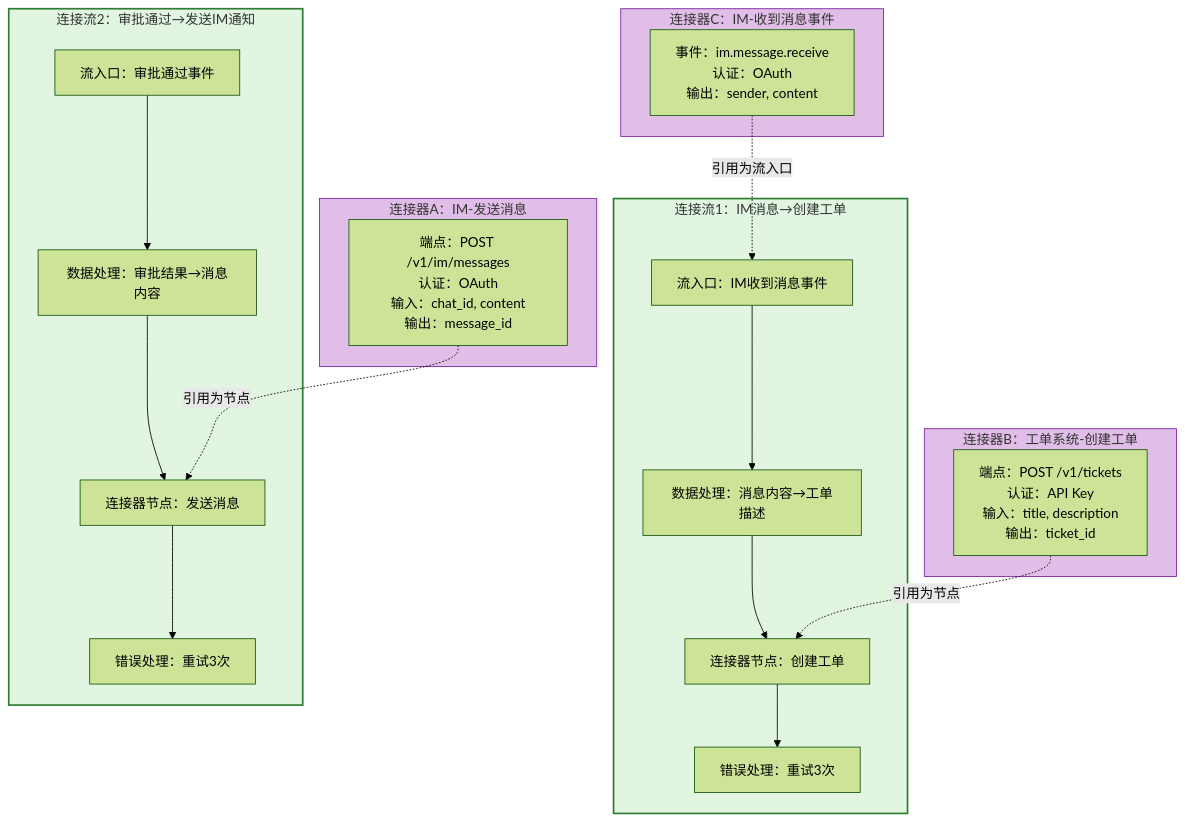
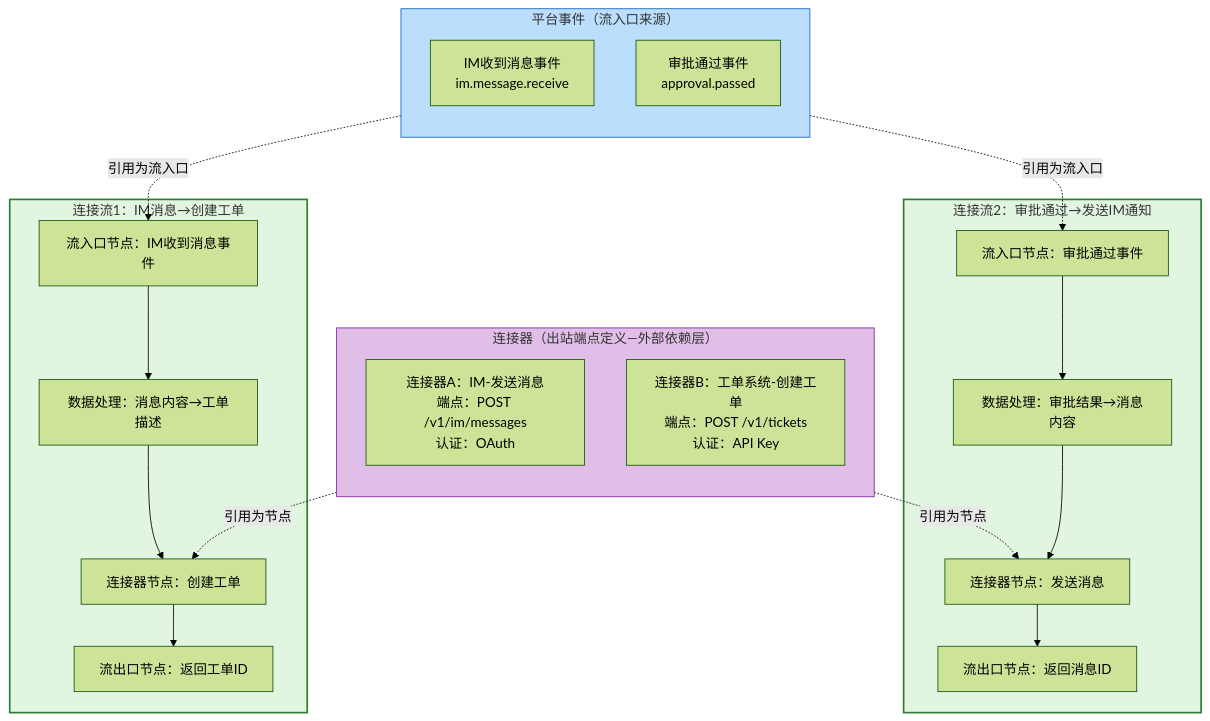
Diagram 11 of 12 in .sddu/specs-tree-root/specs-tree-connector-platform/discovery-report.md (THZSummer/open-app), drawn with Mermaid (forest theme) before and after one commit. The commit also changed other lines of this file, not shown here.

Commit message:
fix: 精简3.4流入口节点类型为对照表+示意图，消除连接器/触发概念混淆

````diff
--- a/.sddu/specs-tree-root/specs-tree-connector-platform/discovery-report.md
+++ b/.sddu/specs-tree-root/specs-tree-connector-platform/discovery-report.md
@@ -575,36 +561,36 @@
 ```mermaid
 flowchart TB
-    subgraph Conn1["连接器A：IM-发送消息"]
-        CEp1["端点：POST /v1/im/messages<br/>认证：OAuth<br/>输入：chat_id, content<br/>输出：message_id"]
+    subgraph Connectors["连接器（出站端点定义—外部依赖层）"]
+        direction TB
+        Conn1["连接器A：IM-发送消息<br/>端点：POST /v1/im/messages<br/>认证：OAuth"]
+        Conn2["连接器B：工单系统-创建工单<br/>端点：POST /v1/tickets<br/>认证：API Key"]
     end
 
-    subgraph Conn2["连接器B：工单系统-创建工单"]
-        CEp2["端点：POST /v1/tickets<br/>认证：API Key<br/>输入：title, description<br/>输出：ticket_id"]
+    subgraph Events["平台事件（流入口来源）"]
+        direction TB
+        Evt1["IM收到消息事件<br/>im.message.receive"]
+        Evt2["审批通过事件<br/>approval.passed"]
     end
 
-    subgraph Conn3["连接器C：IM-收到消息事件"]
-        CEp3["事件：im.message.receive<br/>认证：OAuth<br/>输出：sender, content"]
+    subgraph Flow1["连接流1：IM消息→创建工单"]
+        F1_Start[流入口节点：IM收到消息事件] --> F1_Map[数据处理：消息内容→工单描述]
+        F1_Map --> F1_Action[连接器节点：创建工单]
+        F1_Action --> F1_Exit[流出口节点：返回工单ID]
     end
-    
-    subgraph Flow1["连接流1：IM消息→创建工单"]
-        F1_Start[流入口：IM收到消息事件] --> F1_Map1[数据处理：消息内容→工单描述]
-        F1_Map1 --> F1_Action[连接器节点：创建工单]
-        F1_Action --> F1_Error[错误处理：重试3次]
+
+    subgraph Flow2["连接流2：审批通过→发送IM通知"]
+        F2_Start[流入口节点：审批通过事件] --> F2_Map[数据处理：审批结果→消息内容]
+        F2_Map --> F2_Action[连接器节点：发送消息]
+        F2_Action --> F2_Exit[流出口节点：返回消息ID]
     end
-    
-    subgraph Flow2["连接流2：审批通过→发送IM通知"]
-        F2_Start[流入口：审批通过事件] --> F2_Map1[数据处理：审批结果→消息内容]
-        F2_Map1 --> F2_Action[连接器节点：发送消息]
-        F2_Action --> F2_Error[错误处理：重试3次]
-    end
-    
-    CEp3 -.->|引用为流入口| F1_Start
-    CEp2 -.->|引用为节点| F1_Action
-    CEp1 -.->|引用为节点| F2_Action
-    
+
+    Evt1 -.->|引用为流入口| F1_Start
+    Evt2 -.->|引用为流入口| F2_Start
+    Conn2 -.->|引用为节点| F1_Action
+    Conn1 -.->|引用为节点| F2_Action
+
+    style Connectors fill:#e1bee7,stroke:#7b1fa2
+    style Events fill:#bbdefb,stroke:#1565c0
     style Flow1 fill:#e1f5e1,stroke:#2e7d32,stroke-width:2px
     style Flow2 fill:#e1f5e1,stroke:#2e7d32,stroke-width:2px
-    style Conn1 fill:#e1bee7,stroke:#7b1fa2
-    style Conn2 fill:#e1bee7,stroke:#7b1fa2
-    style Conn3 fill:#e1bee7,stroke:#7b1fa2
 ```
````
